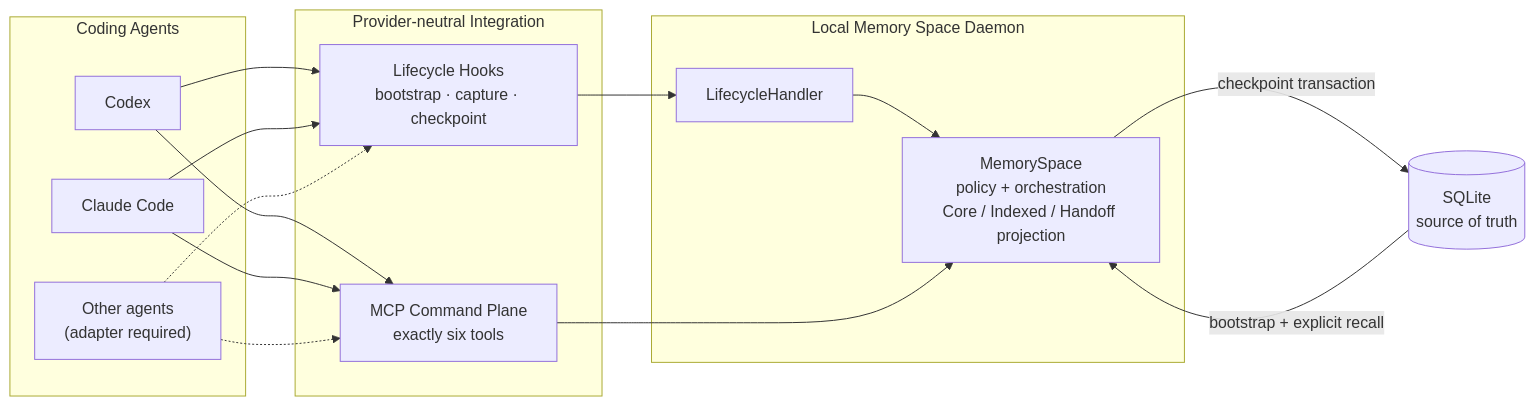
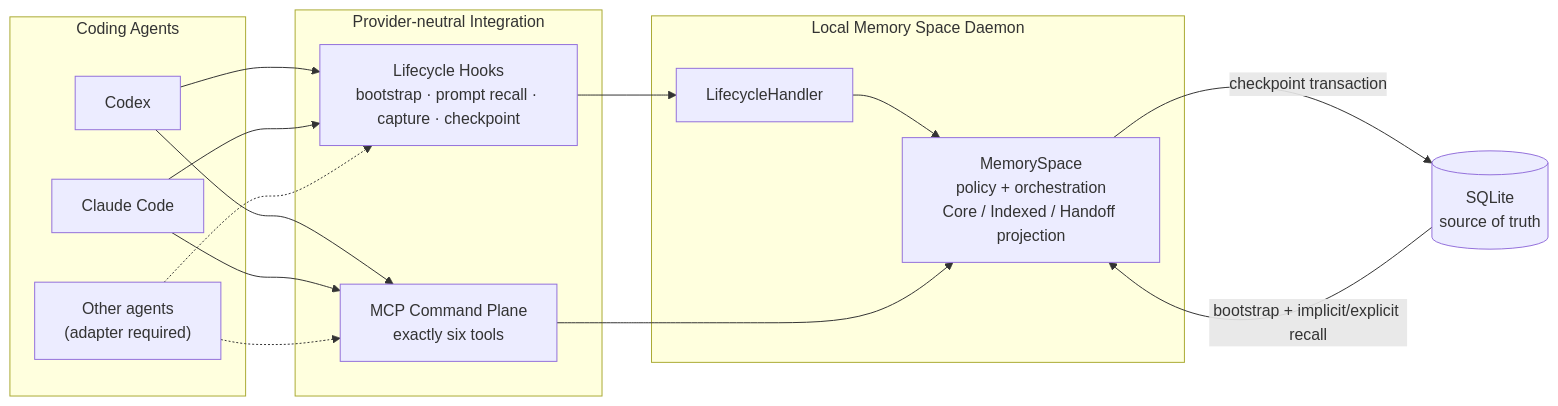
The diagram in README.md (Aurora-N/memory-space), drawn with Mermaid before and after one commit. The commit also changed other lines of this file and 36 other files, not shown here.

First line of the commit message:
feat: implement implicit recall functionality and memory directive handling

````diff
--- a/README.md
+++ b/README.md
@@ -19,31 +19,31 @@
 ```mermaid
 flowchart LR
   subgraph Agents["Coding Agents"]
     Codex["Codex"]
     Claude["Claude Code"]
     Other["Other agents<br/>(adapter required)"]
   end
 
   subgraph Integration["Provider-neutral Integration"]
-    Lifecycle["Lifecycle Hooks<br/>bootstrap · capture · checkpoint"]
+    Lifecycle["Lifecycle Hooks<br/>bootstrap · prompt recall · capture · checkpoint"]
     MCP["MCP Command Plane<br/>exactly six tools"]
   end
 
   subgraph Runtime["Local Memory Space Daemon"]
     Handler["LifecycleHandler"]
     MemorySpace["MemorySpace<br/>policy + orchestration<br/>Core / Indexed / Handoff projection"]
   end
 
   SQLite[("SQLite<br/>source of truth")]
 
   Codex --> Lifecycle
   Codex --> MCP
   Claude --> Lifecycle
   Claude --> MCP
   Other -.-> Lifecycle
   Other -.-> MCP
   Lifecycle --> Handler --> MemorySpace
   MCP --> MemorySpace
   MemorySpace -->|"checkpoint transaction"| SQLite
-  SQLite -->|"bootstrap + explicit recall"| MemorySpace
+  SQLite -->|"bootstrap + implicit/explicit recall"| MemorySpace
 ```
````
